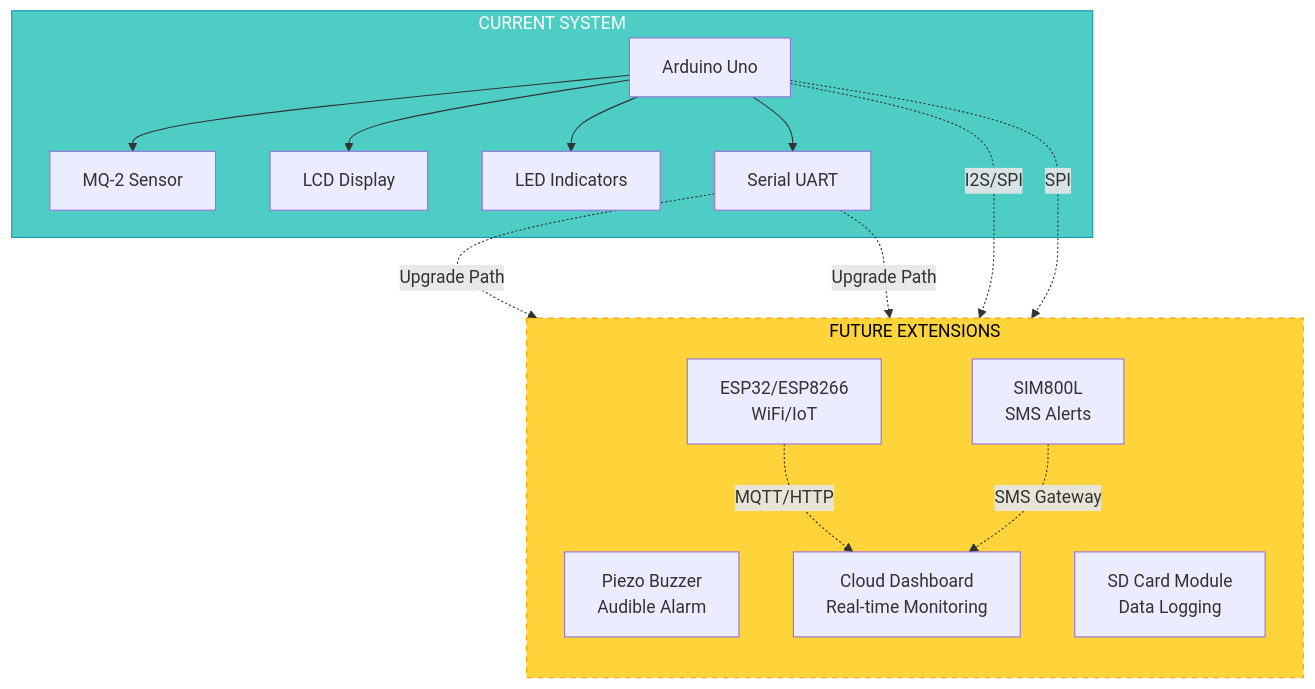
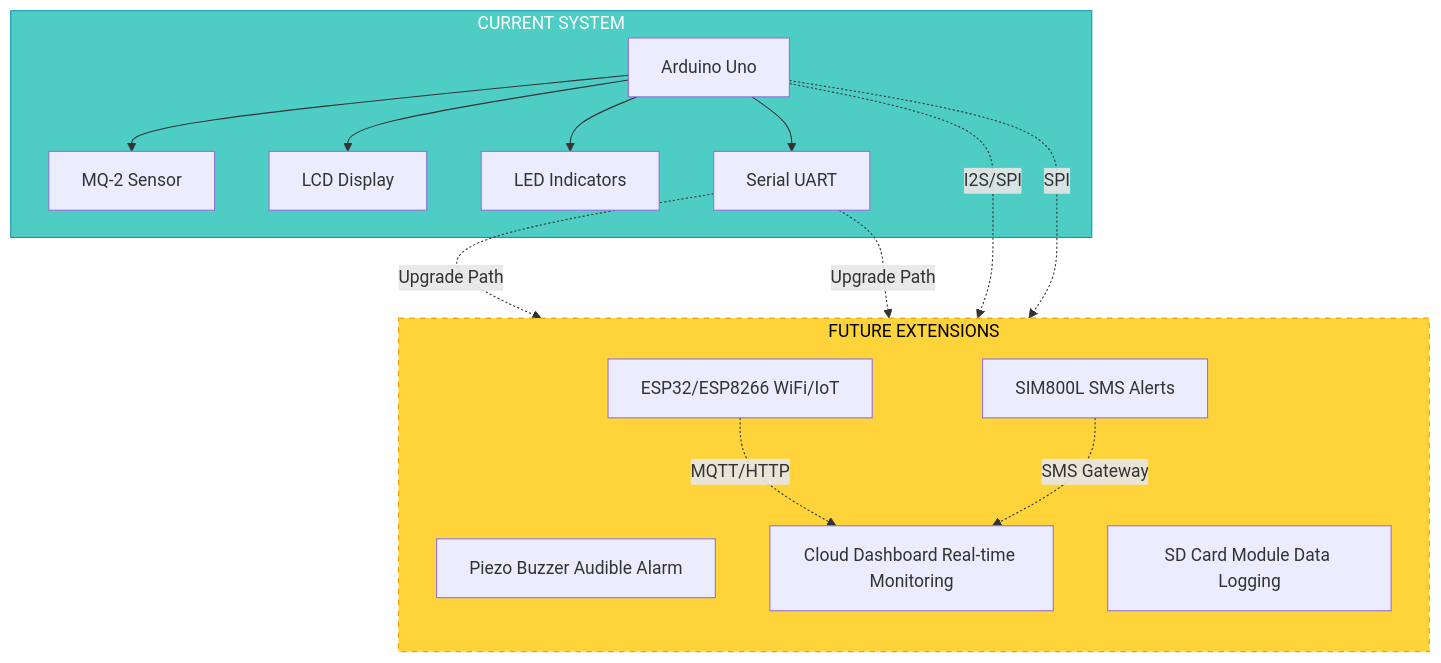
Diagram 14 of 14 in BLOCK-DIAGRAM.md (kelvinmwega/gas-leak-detection), drawn with Mermaid before and after one commit. The commit also changed other lines of this file, not shown here.

Commit message:
block diagrams updated

````diff
--- a/BLOCK-DIAGRAM.md
+++ b/BLOCK-DIAGRAM.md
@@ -586,35 +586,35 @@
 ```mermaid
 graph TB
   subgraph Current["CURRENT SYSTEM"]
     Arduino[Arduino Uno]
     MQ2[MQ-2 Sensor]
     LCD[LCD Display]
     LED[LED Indicators]
     Serial[Serial UART]
 
     Arduino --> MQ2
     Arduino --> LCD
     Arduino --> LED
     Arduino --> Serial
   end
 
   subgraph Future["FUTURE EXTENSIONS"]
     direction TB
-    Buzzer[Piezo Buzzer\nAudible Alarm]
-    WiFi[ESP32/ESP8266\nWiFi/IoT]
-    GSM[SIM800L\nSMS Alerts]
-    SDCard[SD Card Module\nData Logging]
-    Cloud[Cloud Dashboard\nReal-time Monitoring]
+    Buzzer[Piezo Buzzer Audible Alarm]
+    WiFi[ESP32/ESP8266 WiFi/IoT]
+    GSM[SIM800L SMS Alerts]
+    SDCard[SD Card Module Data Logging]
+    Cloud[Cloud Dashboard Real-time Monitoring]
 
     WiFi -.->|MQTT/HTTP| Cloud
     GSM -.->|SMS Gateway| Cloud
   end
 
   Serial -.->|Upgrade Path| WiFi
   Serial -.->|Upgrade Path| GSM
   Arduino -.->|I2S/SPI| Buzzer
   Arduino -.->|SPI| SDCard
 
   style Current fill:#4ecdc4,stroke:#1098ad,color:#fff
   style Future fill:#ffd43b,stroke:#f59f00,color:#000,stroke-dasharray: 5 5
 ```
````
